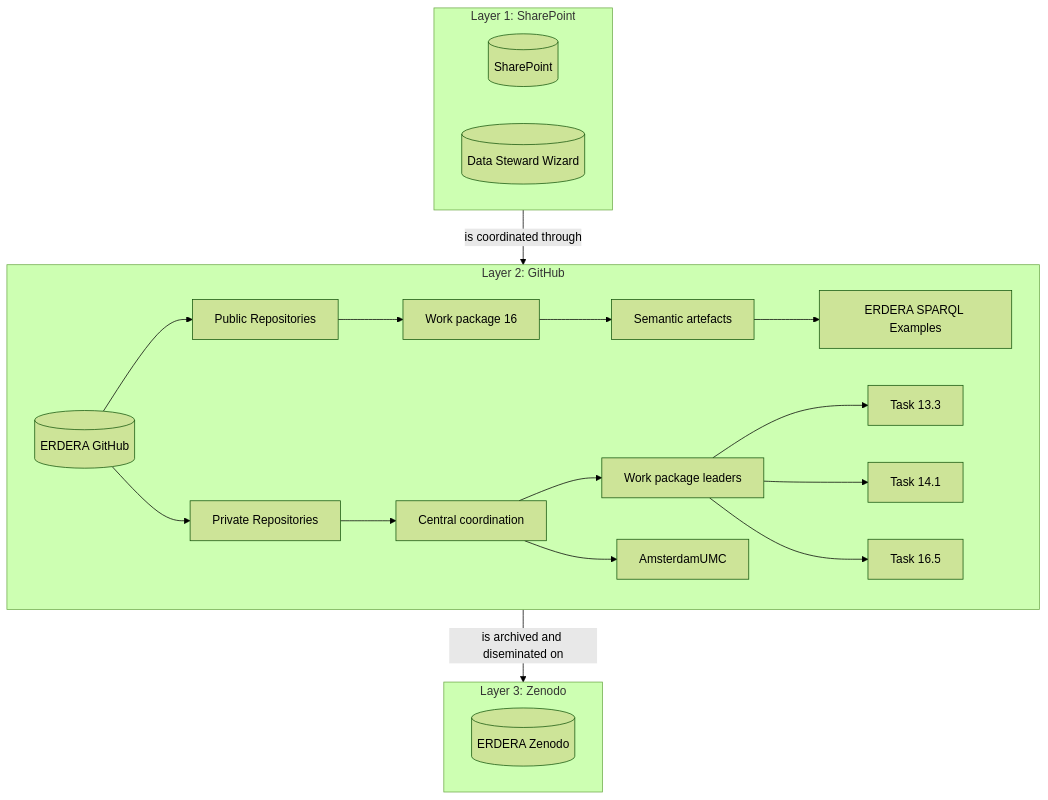
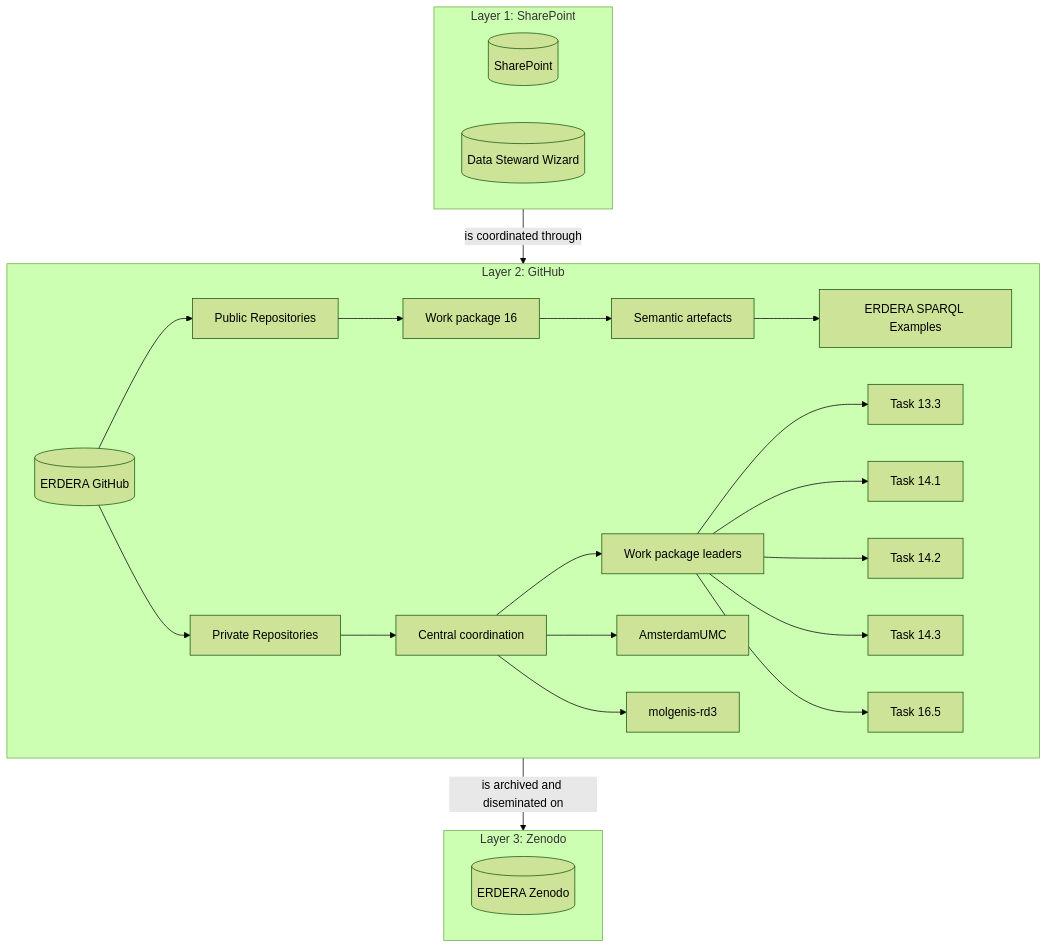
The diagram in README.md (ERDERA/REPO-central-coordination), drawn with Mermaid (forest theme) before and after one commit.

````diff
--- a/README.md
+++ b/README.md
@@ -62,33 +62,36 @@
 ```mermaid
 graph TD
     subgraph ClusterA [Layer 1: SharePoint]
         SP[(SharePoint)]
         DSW[(Data Steward Wizard)]
     end
 
     subgraph ClusterB [Layer 2: GitHub]
     direction LR
         EGH[(ERDERA GitHub)] --> PrivR[Private Repositories]
         EGH --> PubR[Public Repositories]  
         PubR --> WP16[Work package 16]
         WP16 --> SE[Semantic artefacts]
         SE --> SPARQLEX[ERDERA SPARQL Examples]
         PrivR --> CC[Central coordination]
         CC --> WPL[Work package leaders]
         CC --> AMC[AmsterdamUMC]
+        CC --> MR[molgenis-rd3]
         WPL --> 13.3[Task 13.3]
         WPL --> 14.1[Task 14.1]
+        WPL --> 14.2[Task 14.2]
+        WPL --> 14.3[Task 14.3]
         WPL --> 16.5[Task 16.5]
     end
 
     subgraph ClusterC [Layer 3: Zenodo]
         EZD[(ERDERA Zenodo)]
     end
     
     ClusterA --> |is coordinated through| ClusterB
     ClusterB --> |is archived and diseminated on| ClusterC
 
 
 
 
 ```
````
